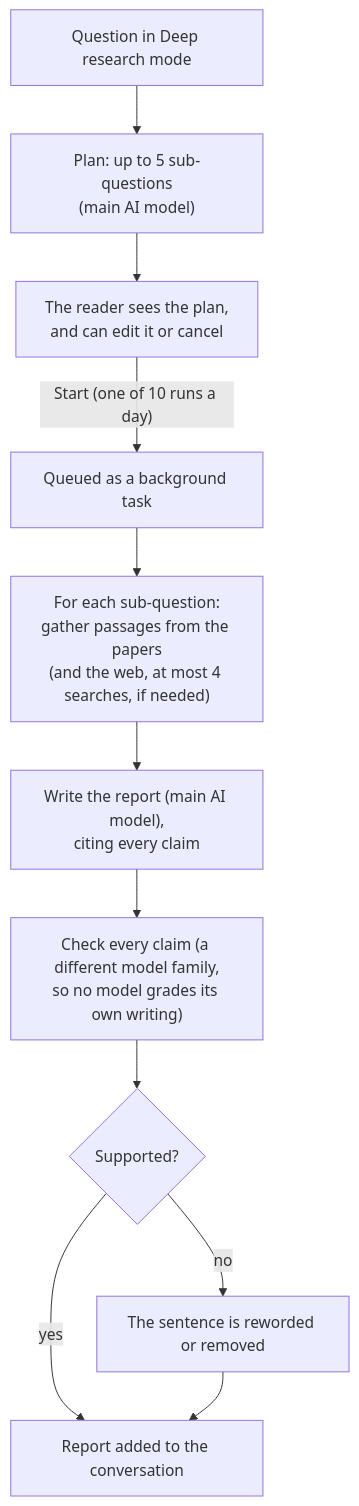
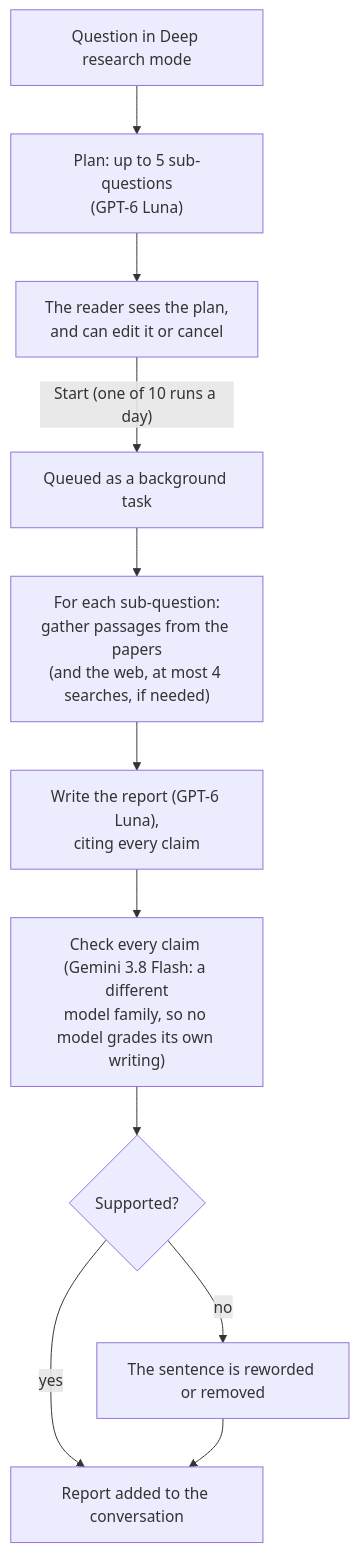
One commit to LLM-Project2005/papertrend_extractor_LLM changed the seventh of 7 diagrams in docs/33-chat-architecture.md. Above: the diagram before and after it, drawn with Mermaid. The commit also changed other lines of this file and 15 other files, not shown here.

First line of the commit message:
feat(chat): GPT-6 Luna everywhere GPT-5.6 Luna ran, and for the planner (docs/34)

````diff
--- a/docs/33-chat-architecture.md
+++ b/docs/33-chat-architecture.md
@@ -189,13 +189,13 @@
 ```mermaid
 flowchart TD
-    A["Question in Deep research mode"] --> B["Plan: up to 5 sub-questions<br/>(main AI model)"]
+    A["Question in Deep research mode"] --> B["Plan: up to 5 sub-questions<br/>(GPT-6 Luna)"]
     B --> C["The reader sees the plan,<br/>and can edit it or cancel"]
     C -->|"Start (one of 10 runs a day)"| D["Queued as a background task"]
     D --> E["For each sub-question:<br/>gather passages from the papers<br/>(and the web, at most 4 searches, if needed)"]
-    E --> F["Write the report (main AI model),<br/>citing every claim"]
-    F --> G["Check every claim (a different model family,<br/>so no model grades its own writing)"]
+    E --> F["Write the report (GPT-6 Luna),<br/>citing every claim"]
+    F --> G["Check every claim (Gemini 3.8 Flash: a different<br/>model family, so no model grades its own writing)"]
     G --> H{"Supported?"}
     H -- "yes" --> I["Report added to the conversation"]
     H -- "no" --> J["The sentence is reworded or removed"]
     J --> I
 ```
````
